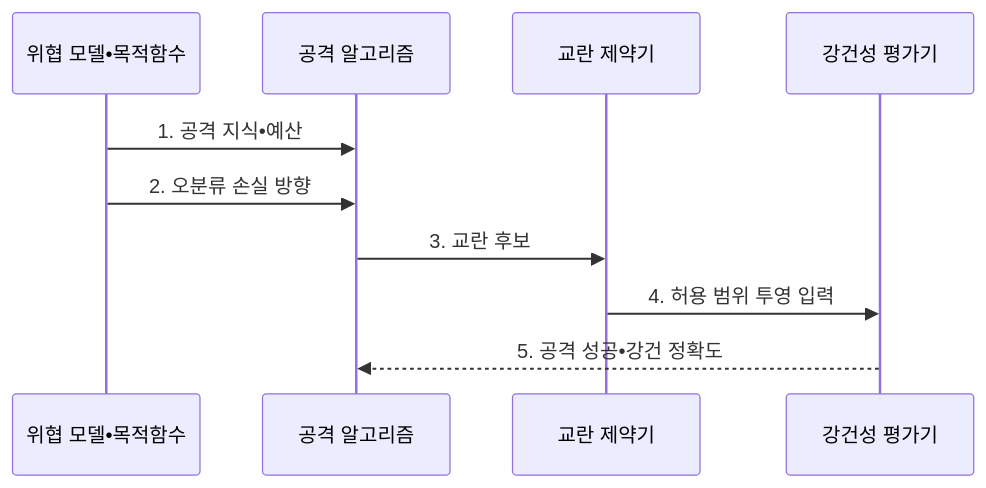
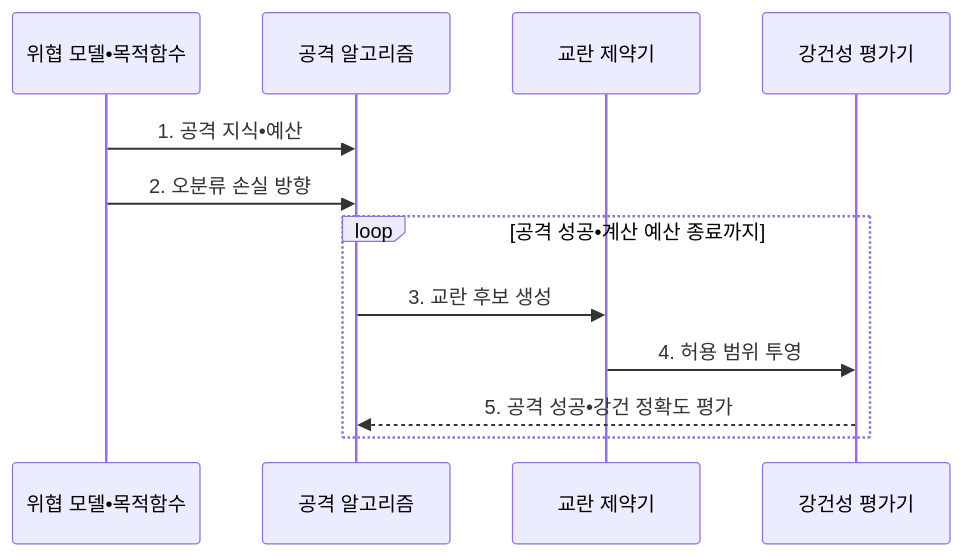
Before and after one commit to agnusdei1207/knowledge-base: the second of 2 diagrams in src/content/docs/notes/08-latest-tech/123_adversarial_example.md, drawn with Mermaid. The commit also changed other lines of this file and 14 other files, not shown here.

````diff
--- a/src/content/docs/notes/08-latest-tech/123_adversarial_example.md
+++ b/src/content/docs/notes/08-latest-tech/123_adversarial_example.md
@@ -108,12 +108,14 @@
 ```mermaid
 sequenceDiagram
   participant T as 위협 모델•목적함수
   participant A as 공격 알고리즘
   participant C as 교란 제약기
   participant E as 강건성 평가기
   T->>A: 1. 공격 지식•예산
   T->>A: 2. 오분류 손실 방향
-  A->>C: 3. 교란 후보
-  C->>E: 4. 허용 범위 투영 입력
-  E-->>A: 5. 공격 성공•강건 정확도
+  loop 공격 성공•계산 예산 종료까지
+    A->>C: 3. 교란 후보 생성
+    C->>E: 4. 허용 범위 투영
+    E-->>A: 5. 공격 성공•강건 정확도 평가
+  end
 ```
````
